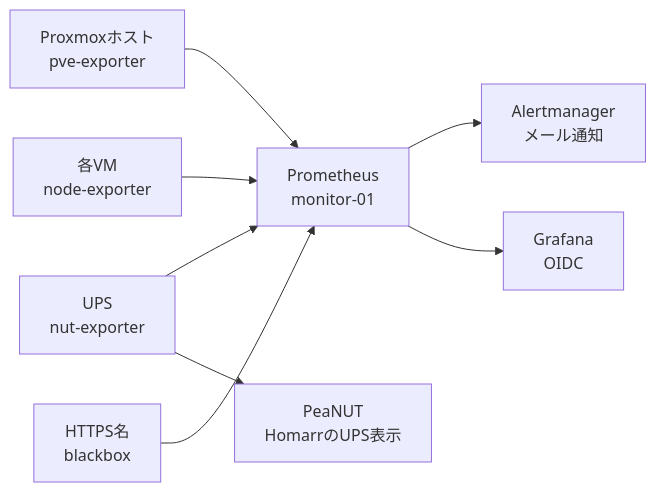
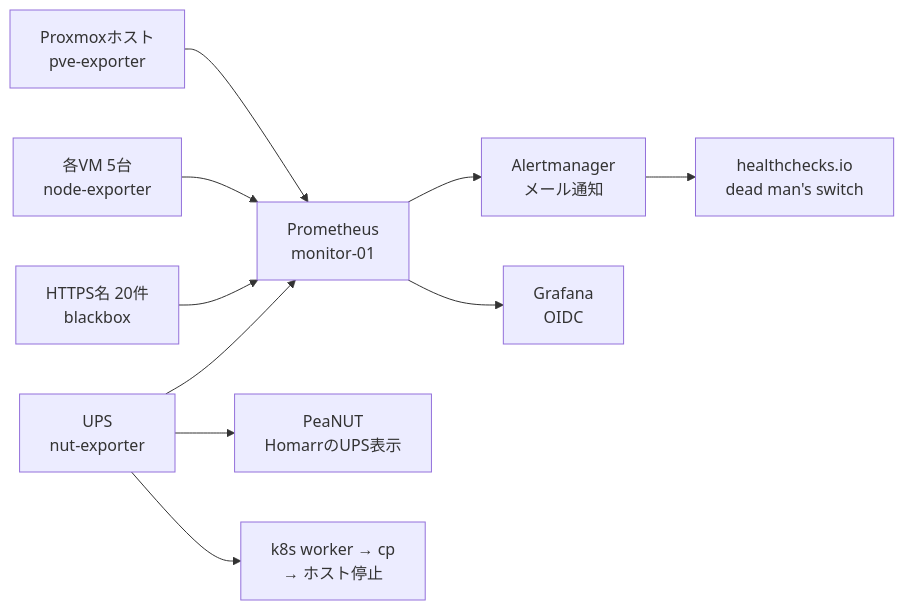
Before and after one commit to rurutheGeek/shake-cloud: the ninth of 14 diagrams in docs/overview.md, drawn with Mermaid. The commit also changed other lines of this file and 3 other files, not shown here.

````diff
--- a/docs/overview.md
+++ b/docs/overview.md
@@ -318,19 +318,23 @@
 ```mermaid
 flowchart LR
   pve["Proxmoxホスト<br/>pve-exporter"]
   ups["UPS<br/>nut-exporter"]
-  vm["各VM<br/>node-exporter"]
-  https["HTTPS名<br/>blackbox"]
+  vm["各VM 5台<br/>node-exporter"]
+  https["HTTPS名 20件<br/>blackbox"]
   prom["Prometheus<br/>monitor-01"]
   alert["Alertmanager<br/>メール通知"]
   grafana["Grafana<br/>OIDC"]
   peanut["PeaNUT<br/>HomarrのUPS表示"]
+  deadman["healthchecks.io<br/>dead man's switch"]
+  hoststop["k8s worker → cp<br/>→ ホスト停止"]
 
   pve --> prom
   ups --> prom
   vm --> prom
   https --> prom
   prom --> alert
+  alert --> deadman
   prom --> grafana
   ups --> peanut
+  ups --> hoststop
 ```
````
